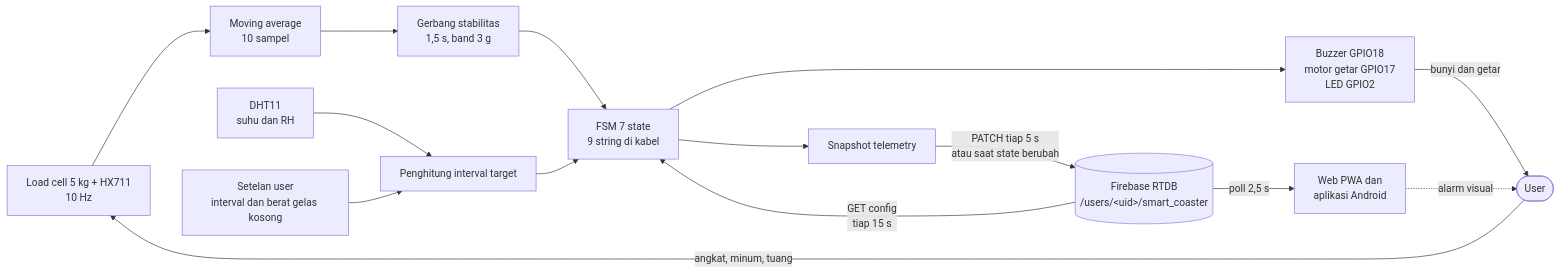
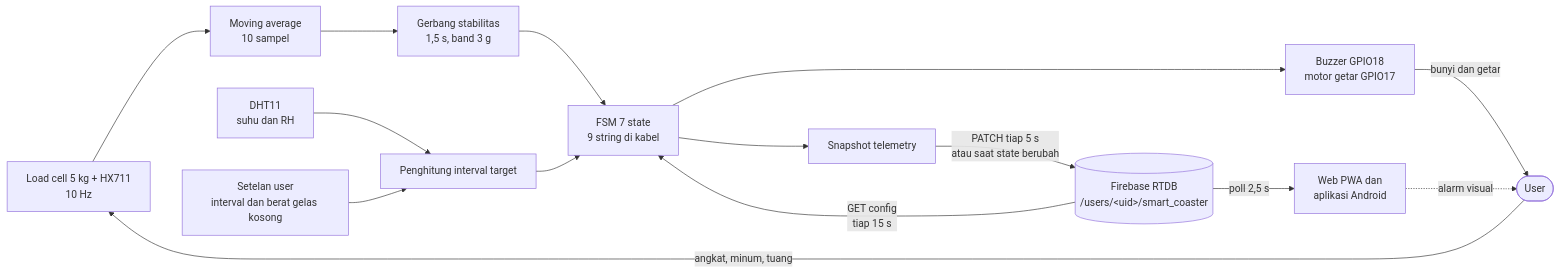
Before and after one commit to WindraNatan/Coaster: the diagram in docs/garis_besar_sistem.md, drawn with Mermaid. The commit also changed other lines of this file and 8 other files, not shown here.

````diff
--- a/docs/garis_besar_sistem.md
+++ b/docs/garis_besar_sistem.md
@@ -23,17 +23,17 @@
 ```mermaid
 flowchart LR
     LC["Load cell 5 kg + HX711<br/>10 Hz"] --> MA["Moving average<br/>10 sampel"]
     MA --> GATE["Gerbang stabilitas<br/>1,5 s, band 3 g"]
     DHT["DHT11<br/>suhu dan RH"] --> SP["Penghitung interval target"]
     CFG["Setelan user<br/>interval dan berat gelas kosong"] --> SP
     GATE --> FSM["FSM 7 state<br/>9 string di kabel"]
     SP --> FSM
-    FSM --> ACT["Buzzer GPIO18<br/>motor getar GPIO17<br/>LED GPIO2"]
+    FSM --> ACT["Buzzer GPIO18<br/>motor getar GPIO17"]
     FSM --> SNAP["Snapshot telemetry"]
     SNAP -->|"PATCH tiap 5 s<br/>atau saat state berubah"| FB[("Firebase RTDB<br/>/users/&lt;uid&gt;/smart_coaster")]
     FB -->|"GET config<br/>tiap 15 s"| FSM
     FB -->|"poll 2,5 s"| UI["Web PWA dan<br/>aplikasi Android"]
     ACT -->|"bunyi dan getar"| USER(["User"])
     UI -.->|"alarm visual"| USER
     USER -->|"angkat, minum, tuang"| LC
 ```
````
